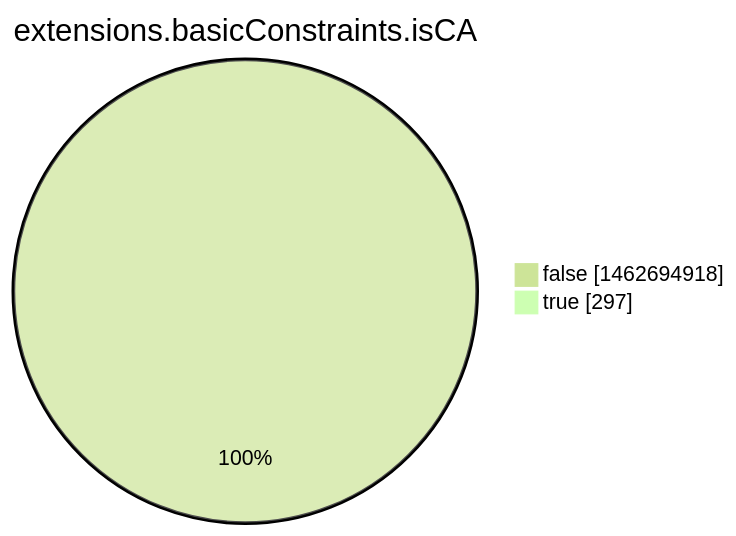
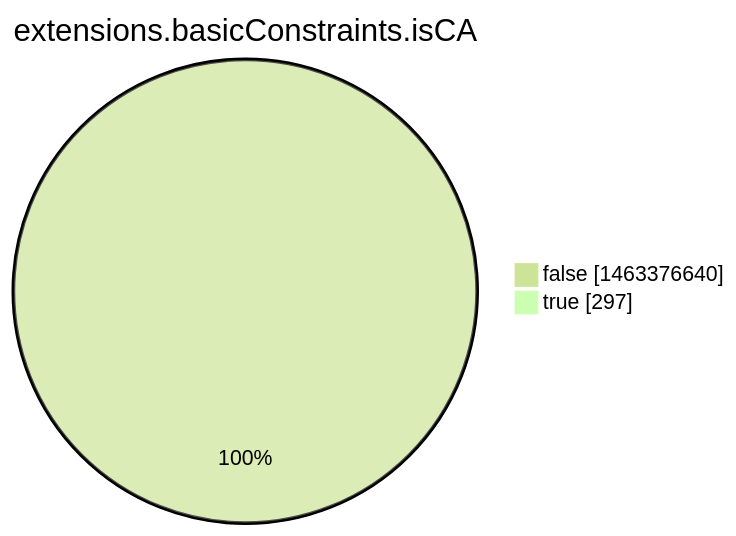
The eighth of 15 diagrams in argon2022/README.md (christiankrug/ctmonitor_visualization), drawn with Mermaid (forest theme) before and after one commit. The commit also changed other lines of this file, not shown here.

````diff
--- a/argon2022/README.md
+++ b/argon2022/README.md
@@ -2760,6 +2760,6 @@
 ```mermaid
 pie showData
 title extensions.basicConstraints.isCA
-"false" :1462694918
+"false" :1463376640
 "true" :297
 ```
````
